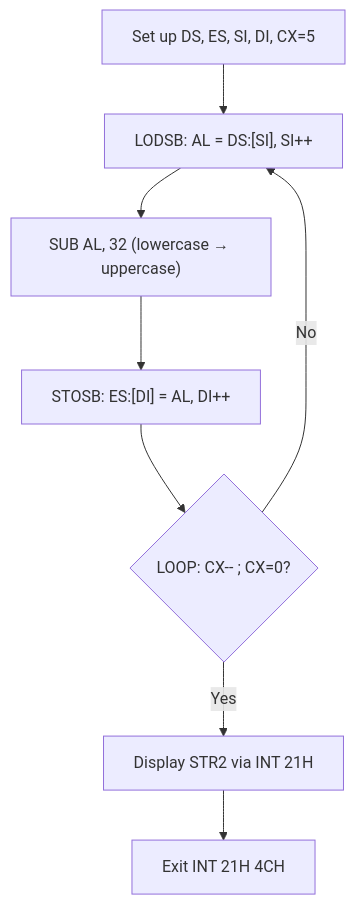
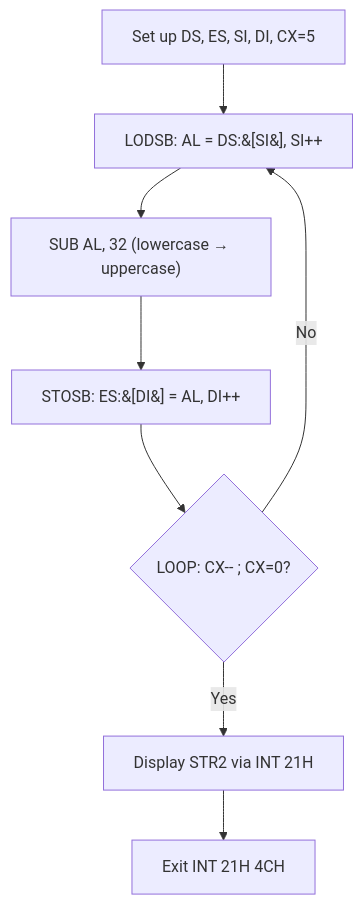
The diagram in notes/hardware_and_microprocessors/string-instructions.md (DeepLumiere/DeepSkills), drawn with Mermaid before and after one commit. The commit also changed 56 other files, not shown here.

````diff
--- a/notes/hardware_and_microprocessors/string-instructions.md
+++ b/notes/hardware_and_microprocessors/string-instructions.md
@@ -527,10 +527,10 @@
 ```mermaid
 flowchart TD
-    A["Set up DS, ES, SI, DI, CX=5"] --> B["LODSB: AL = DS:[SI], SI++"]
+    A["Set up DS, ES, SI, DI, CX=5"] --> B["LODSB: AL = DS:&#91;SI&#93;, SI++"]
     B --> C["SUB AL, 32 (lowercase → uppercase)"]
-    C --> D["STOSB: ES:[DI] = AL, DI++"]
+    C --> D["STOSB: ES:&#91;DI&#93; = AL, DI++"]
     D --> E{"LOOP: CX-- ; CX=0?"}
     E -- No --> B
     E -- Yes --> F["Display STR2 via INT 21H"]
     F --> G["Exit INT 21H 4CH"]
 ```
````
